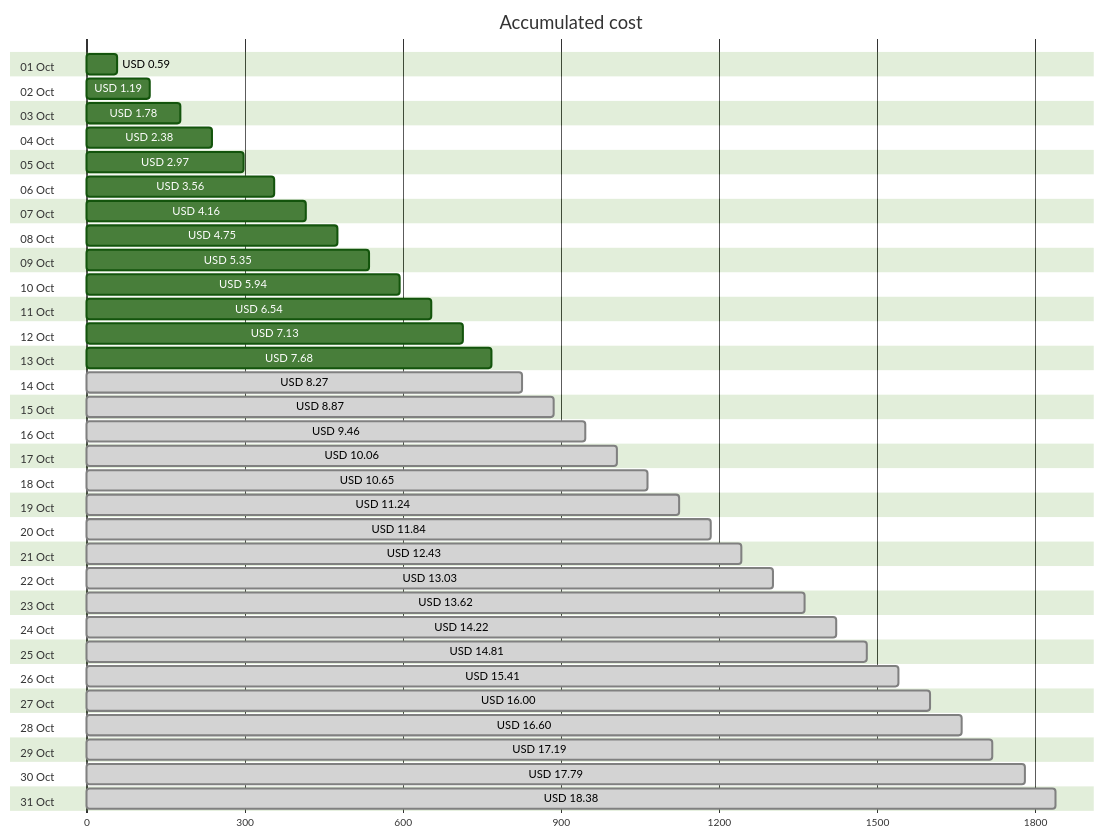
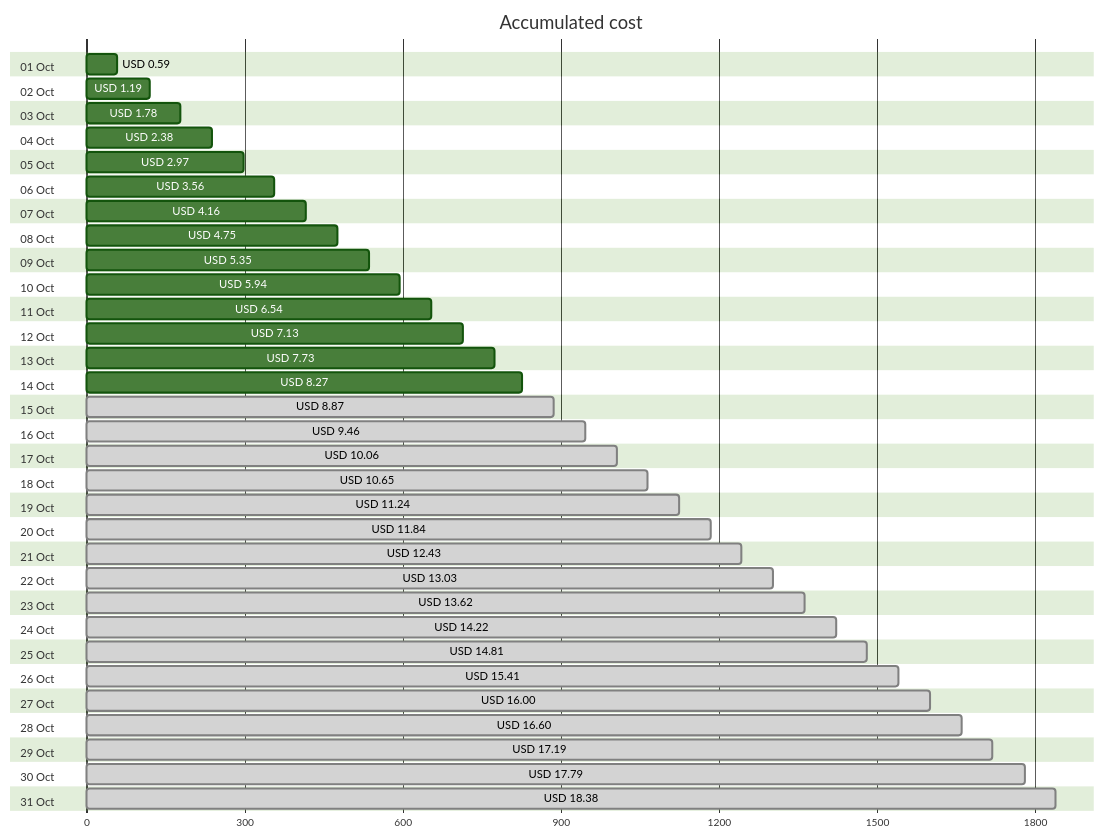
The first of 4 diagrams in cost-reports/personal-site/README.md (jpfulton/azure-personal-reports), drawn with Mermaid (forest theme) before and after one commit. The commit also changed other lines of this file and 7 other files, not shown here.

````diff
--- a/cost-reports/personal-site/README.md
+++ b/cost-reports/personal-site/README.md
@@ -20,68 +20,68 @@
 ```mermaid
 gantt
    title Accumulated cost
    dateFormat  X
    axisFormat %s
    section 01 Oct
    USD 0.59 :0, 59
    section 02 Oct
    USD 1.19 :0, 119
    section 03 Oct
    USD 1.78 :0, 178
    section 04 Oct
    USD 2.38 :0, 238
    section 05 Oct
    USD 2.97 :0, 297
    section 06 Oct
    USD 3.56 :0, 356
    section 07 Oct
    USD 4.16 :0, 416
    section 08 Oct
    USD 4.75 :0, 475
    section 09 Oct
    USD 5.35 :0, 535
    section 10 Oct
    USD 5.94 :0, 594
    section 11 Oct
    USD 6.54 :0, 654
    section 12 Oct
    USD 7.13 :0, 713
    section 13 Oct
-   USD 7.68 :0, 768
+   USD 7.73 :0, 773
    section 14 Oct
-   USD 8.27 : done, 0, 827
+   USD 8.27 :0, 827
    section 15 Oct
    USD 8.87 : done, 0, 887
    section 16 Oct
    USD 9.46 : done, 0, 946
    section 17 Oct
    USD 10.06 : done, 0, 1006
    section 18 Oct
    USD 10.65 : done, 0, 1065
    section 19 Oct
    USD 11.24 : done, 0, 1124
    section 20 Oct
    USD 11.84 : done, 0, 1184
    section 21 Oct
    USD 12.43 : done, 0, 1243
    section 22 Oct
    USD 13.03 : done, 0, 1303
    section 23 Oct
    USD 13.62 : done, 0, 1362
    section 24 Oct
    USD 14.22 : done, 0, 1422
    section 25 Oct
    USD 14.81 : done, 0, 1481
    section 26 Oct
    USD 15.41 : done, 0, 1541
    section 27 Oct
    USD 16.00 : done, 0, 1600
    section 28 Oct
    USD 16.60 : done, 0, 1660
    section 29 Oct
    USD 17.19 : done, 0, 1719
    section 30 Oct
    USD 17.79 : done, 0, 1779
    section 31 Oct
    USD 18.38 : done, 0, 1838
 ```
````
